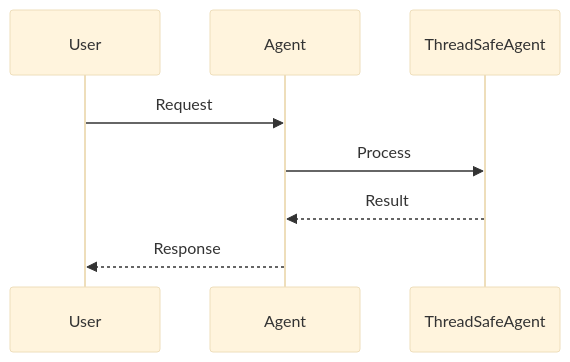
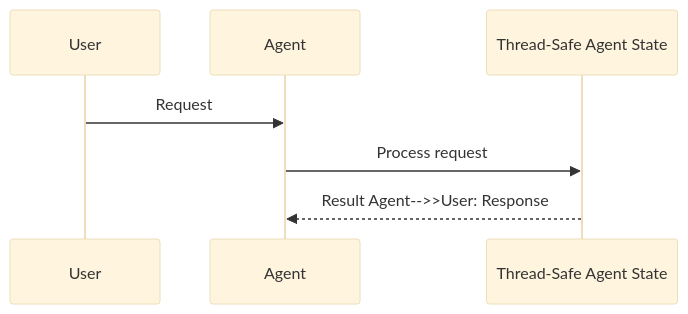
Before and after one commit to MervinPraison/PraisonAIDocs: the second of 5 diagrams in docs/features/thread-safety.mdx, drawn with Mermaid (base theme). The commit also changed 204 other files, not shown here.

First line of the commit message:
docs: align feature/tool pages with AGENTS.md hero, sequence, and import standards (#1777)

````diff
--- a/docs/features/thread-safety.mdx
+++ b/docs/features/thread-safety.mdx
@@ -49,11 +49,10 @@
 ```mermaid
 sequenceDiagram
     participant User
     participant Agent
-    participant ThreadSafeAgent
+    participant Feature as Thread-Safe Agent State
 
     User->>Agent: Request
-    Agent->>ThreadSafeAgent: Process
-    ThreadSafeAgent-->>Agent: Result
-    Agent-->>User: Response
+    Agent->>Feature: Process request
+    Feature-->>Agent: Result    Agent-->>User: Response
 ```
````
